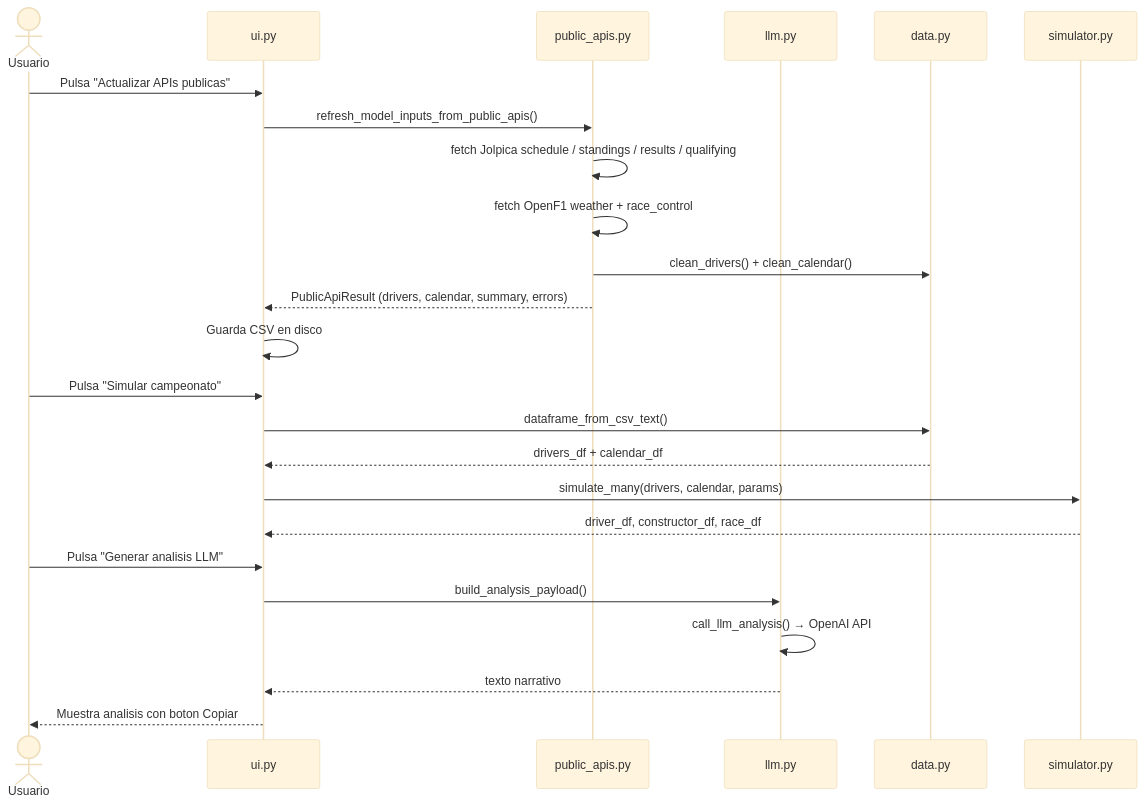
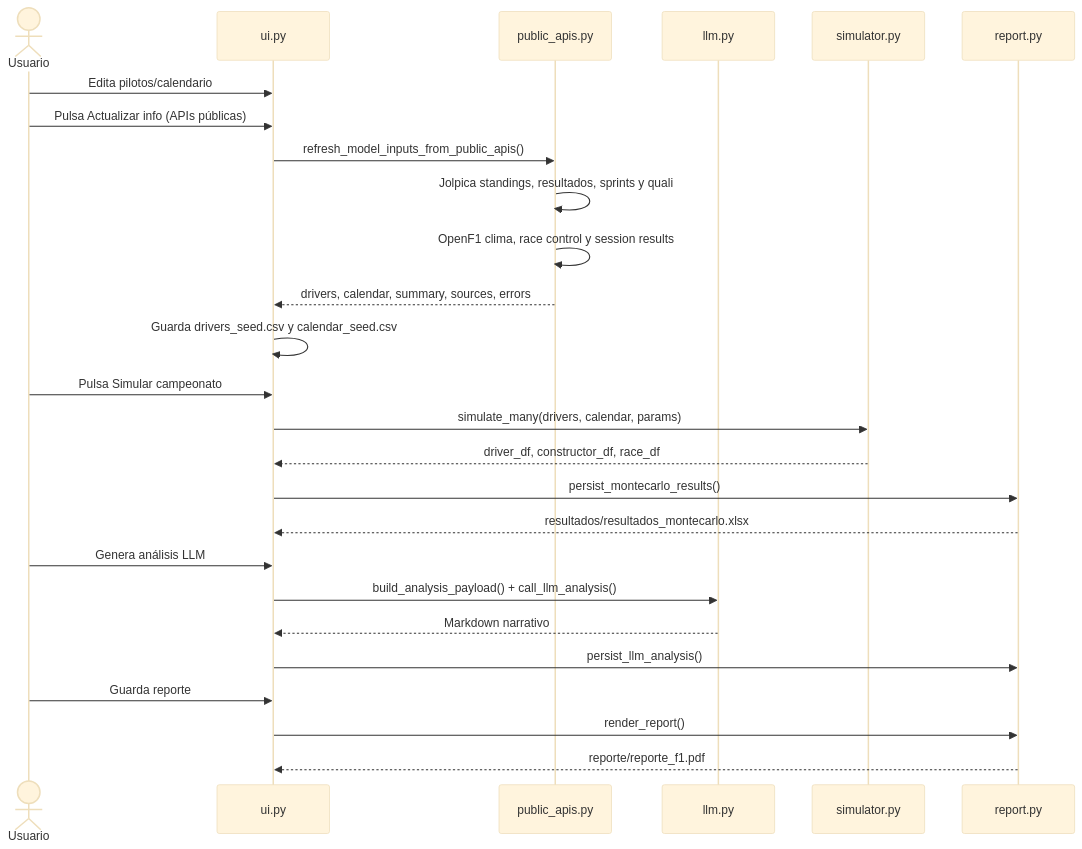
One commit to fjgonzalezmgt/F1-Results changed the third of 3 diagrams in README.md. Above: the diagram before and after it, drawn with Mermaid (base theme). The commit also changed other lines of this file and 9 other files, not shown here.

````diff
--- a/README.md
+++ b/README.md
@@ -130,29 +147,32 @@
 ```mermaid
 sequenceDiagram
     actor Usuario
     participant UI as ui.py
     participant PUB as public_apis.py
     participant LLM as llm.py
-    participant DATA as data.py
     participant SIM as simulator.py
+    participant REP as report.py
 
-    Usuario->>UI: Pulsa "Actualizar APIs publicas"
+    Usuario->>UI: Edita pilotos/calendario
+    Usuario->>UI: Pulsa Actualizar info (APIs públicas)
     UI->>PUB: refresh_model_inputs_from_public_apis()
-    PUB->>PUB: fetch Jolpica schedule / standings / results / qualifying
-    PUB->>PUB: fetch OpenF1 weather + race_control
-    PUB->>DATA: clean_drivers() + clean_calendar()
-    PUB-->>UI: PublicApiResult (drivers, calendar, summary, errors)
-    UI->>UI: Guarda CSV en disco
+    PUB->>PUB: Jolpica standings, resultados, sprints y quali
+    PUB->>PUB: OpenF1 clima, race control y session results
+    PUB-->>UI: drivers, calendar, summary, sources, errors
+    UI->>UI: Guarda drivers_seed.csv y calendar_seed.csv
 
-    Usuario->>UI: Pulsa "Simular campeonato"
-    UI->>DATA: dataframe_from_csv_text()
-    DATA-->>UI: drivers_df + calendar_df
+    Usuario->>UI: Pulsa Simular campeonato
     UI->>SIM: simulate_many(drivers, calendar, params)
     SIM-->>UI: driver_df, constructor_df, race_df
+    UI->>REP: persist_montecarlo_results()
+    REP-->>UI: resultados/resultados_montecarlo.xlsx
 
-    Usuario->>UI: Pulsa "Generar analisis LLM"
-    UI->>LLM: build_analysis_payload()
-    LLM->>LLM: call_llm_analysis() → OpenAI API
-    LLM-->>UI: texto narrativo
-    UI-->>Usuario: Muestra analisis con boton Copiar
+    Usuario->>UI: Genera análisis LLM
+    UI->>LLM: build_analysis_payload() + call_llm_analysis()
+    LLM-->>UI: Markdown narrativo
+    UI->>REP: persist_llm_analysis()
+
+    Usuario->>UI: Guarda reporte
+    UI->>REP: render_report()
+    REP-->>UI: reporte/reporte_f1.pdf
 ```
````
